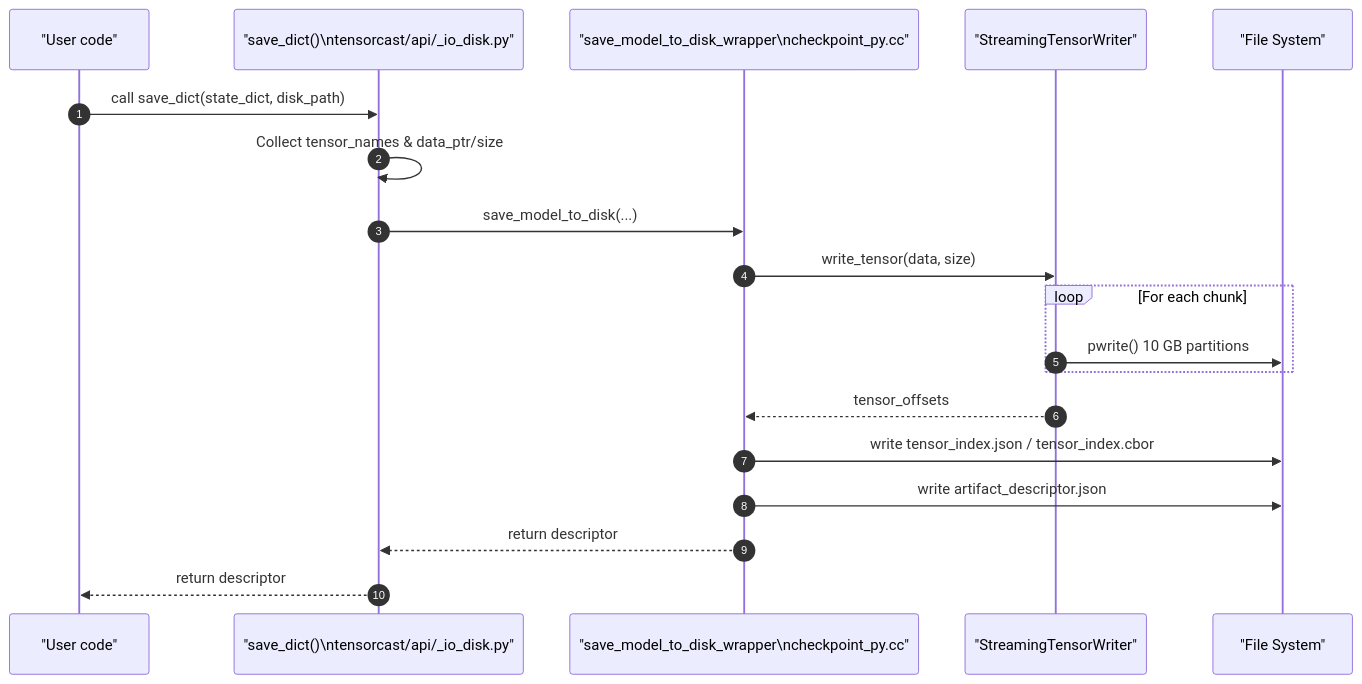
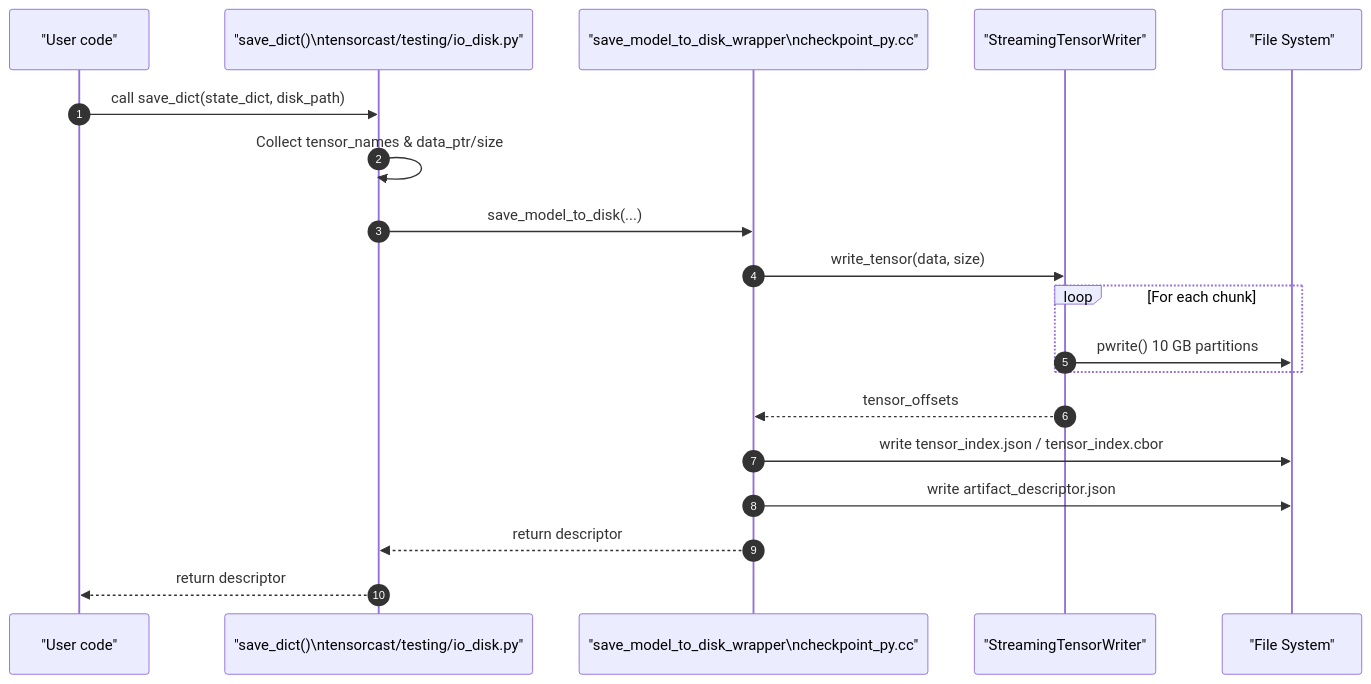
The diagram in docs/internals/save_dict_flow.md (tensorcast-ai/tensorcast), drawn with Mermaid before and after one commit. The commit also changed other lines of this file and 87 other files, not shown here.

````diff
--- a/docs/internals/save_dict_flow.md
+++ b/docs/internals/save_dict_flow.md
@@ -42,22 +42,22 @@
 ```mermaid
 sequenceDiagram
     autonumber
     participant U as "User code"
-    participant PY as "save_dict()\ntensorcast/api/_io_disk.py"
+    participant PY as "save_dict()\ntensorcast/testing/io_disk.py"
     participant CPP as "save_model_to_disk_wrapper\ncheckpoint_py.cc"
     participant TW as "StreamingTensorWriter"
     participant FS as "File System"
 
     U->>PY: call save_dict(state_dict, disk_path)
     PY->>PY: Collect tensor_names & data_ptr/size
     PY->>CPP: save_model_to_disk(...)
     CPP->>TW: write_tensor(data, size)
     loop For each chunk
         TW->>FS: pwrite() 10 GB partitions
     end
     TW-->>CPP: tensor_offsets
     CPP->>FS: write tensor_index.json / tensor_index.cbor
     CPP->>FS: write artifact_descriptor.json
     CPP-->>PY: return descriptor
     PY-->>U: return descriptor
 ```
````
